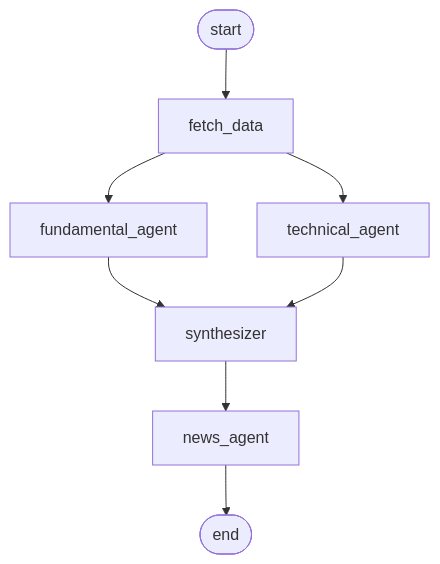
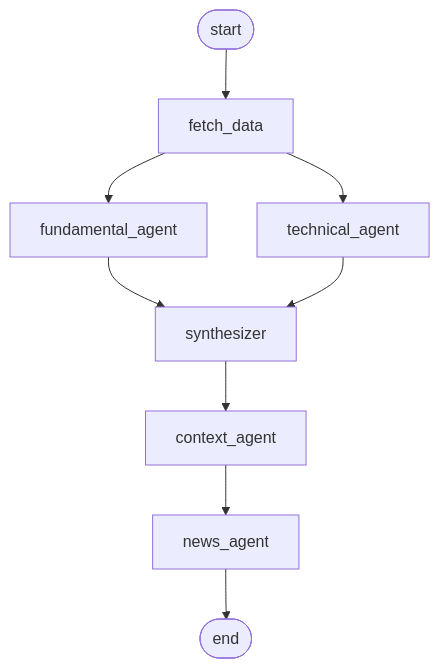
Before and after one commit to Frigomia/trade-agent: the second of 2 diagrams in docs/ARCHITECTURE.md, drawn with Mermaid. The commit also changed other lines of this file, not shown here.

First line of the commit message:
docs: mark build_context (4c) and step 4 as done

````diff
--- a/docs/ARCHITECTURE.md
+++ b/docs/ARCHITECTURE.md
@@ -251,10 +251,11 @@
 ```mermaid
 graph TD;
     __start__([start]) --> fetch_data
     fetch_data --> fundamental_agent
     fetch_data --> technical_agent
     fundamental_agent --> synthesizer
     technical_agent --> synthesizer
-    synthesizer --> news_agent
+    synthesizer --> context_agent
+    context_agent --> news_agent
     news_agent --> __end__([end])
 ```
````
